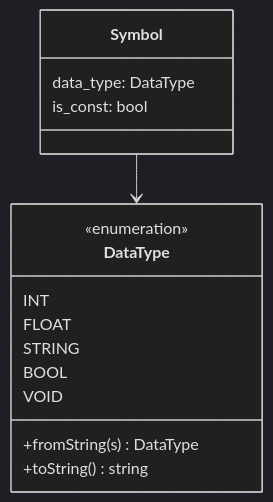
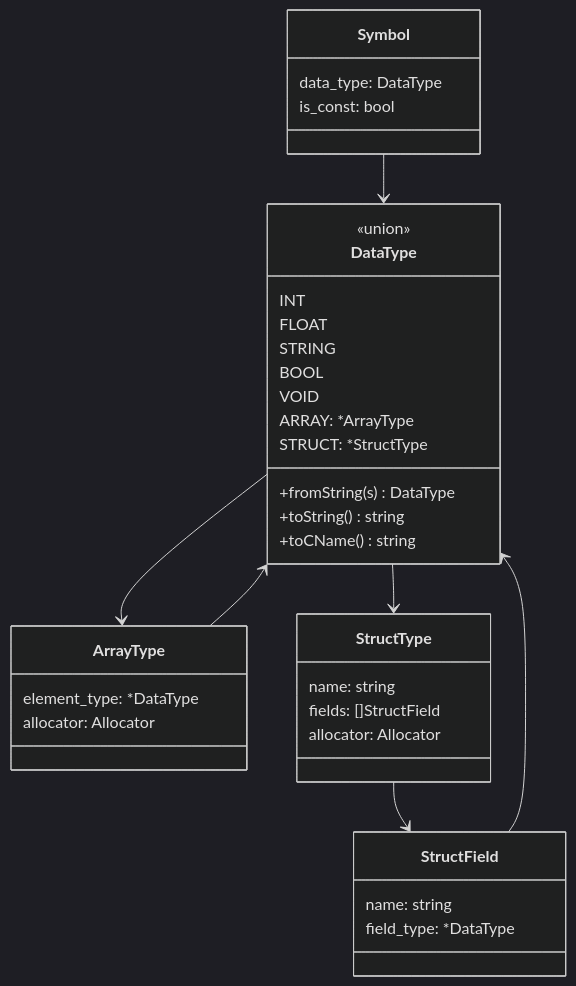
The second of 19 diagrams in Documentation/09-TYPE-SYSTEM.md (AngelArgumedo/boemia-script), drawn with Mermaid (dark theme) before and after one commit. The commit also changed other lines of this file and 14 other files, not shown here.

````diff
--- a/Documentation/09-TYPE-SYSTEM.md
+++ b/Documentation/09-TYPE-SYSTEM.md
@@ -30,20 +30,44 @@
 ```mermaid
 classDiagram
     class DataType {
-        <<enumeration>>
+        <<union>>
         INT
         FLOAT
         STRING
         BOOL
         VOID
+        ARRAY: *ArrayType
+        STRUCT: *StructType
         +fromString(s) DataType
         +toString() string
+        +toCName() string
+    }
+
+    class ArrayType {
+        element_type: *DataType
+        allocator: Allocator
+    }
+
+    class StructType {
+        name: string
+        fields: []StructField
+        allocator: Allocator
+    }
+
+    class StructField {
+        name: string
+        field_type: *DataType
     }
 
     class Symbol {
         data_type: DataType
         is_const: bool
     }
 
+    DataType --> ArrayType
+    DataType --> StructType
+    StructType --> StructField
+    StructField --> DataType
+    ArrayType --> DataType
     Symbol --> DataType
 ```
````
